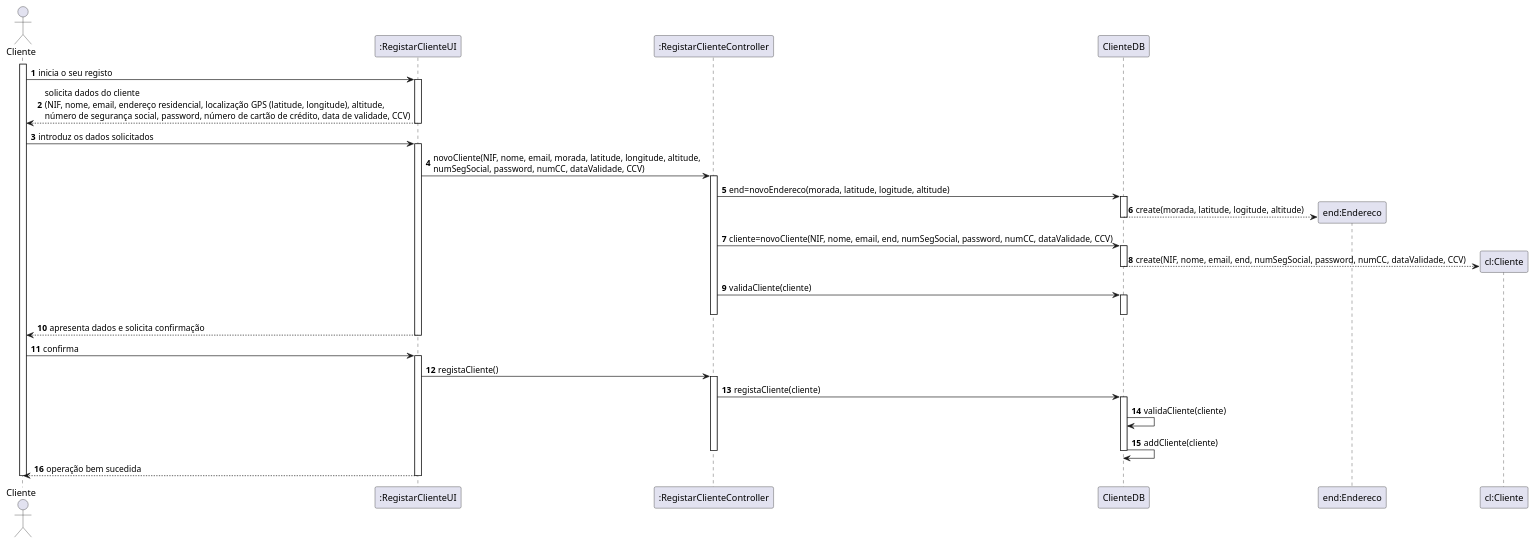
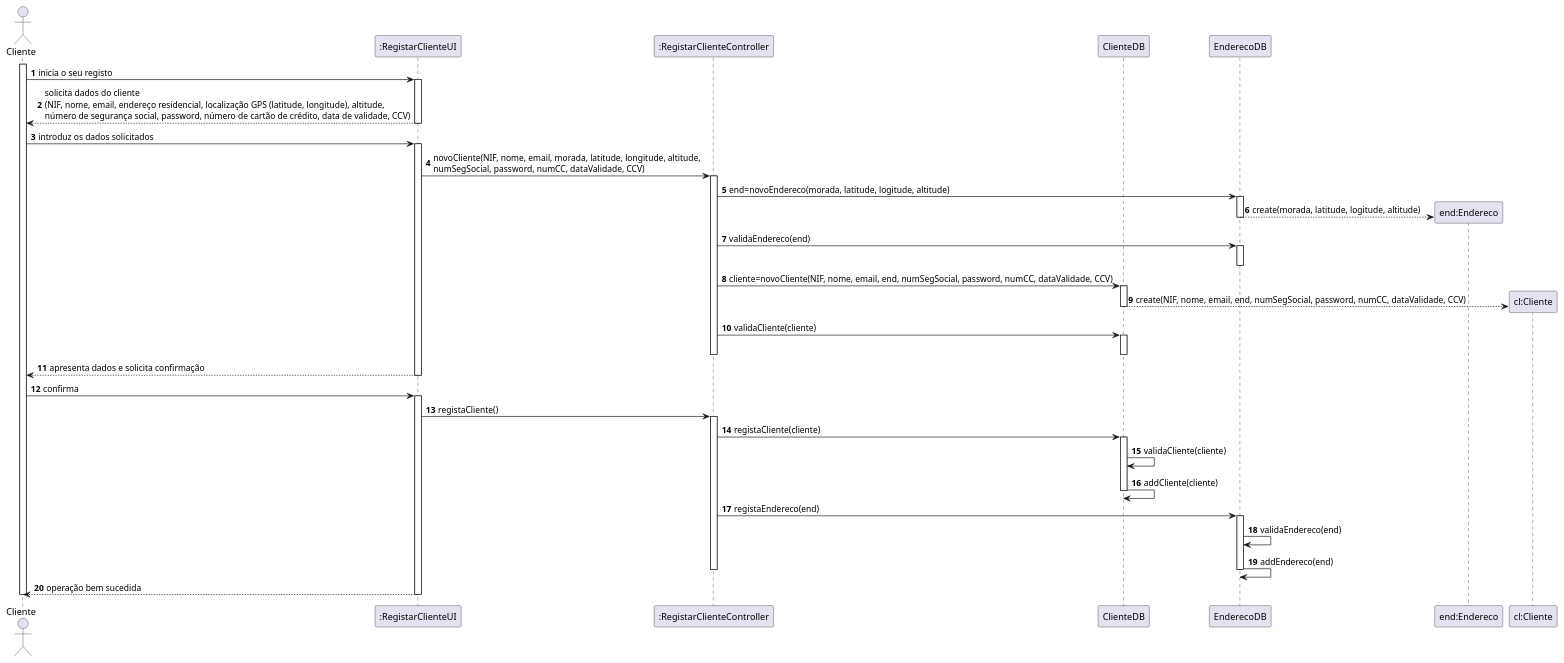
The diagram in docs/UC7/SD-REGISTAR CLIENTE.puml (pedrolemos4/LAPR3), drawn with PlantUML before and after one commit. The commit also changed 3 other files, not shown here.

```diff
--- a/docs/UC7/SD-REGISTAR CLIENTE.puml
+++ b/docs/UC7/SD-REGISTAR CLIENTE.puml
@@ -1,58 +1,71 @@
 @startuml
 autonumber
 actor "Cliente" as ADM
 
 participant ":RegistarClienteUI" as UI
 participant ":RegistarClienteController" as CTRL
 participant "ClienteDB" as DB
+participant "EnderecoDB" as EDB
 participant "end:Endereco" as END
 participant "cl:Cliente" as CLIENTE
 
 activate ADM
 ADM -> UI : inicia o seu registo
 activate UI
 UI --> ADM : solicita dados do cliente \n(NIF, nome, email, endereço residencial, localização GPS (latitude, longitude), altitude, \nnúmero de segurança social, password, número de cartão de crédito, data de validade, CCV)
 deactivate UI
 
 ADM -> UI : introduz os dados solicitados
 activate UI
 UI -> CTRL : novoCliente(NIF, nome, email, morada, latitude, longitude, altitude, \nnumSegSocial, password, numCC, dataValidade, CCV)
 activate CTRL
 
-CTRL -> DB: end=novoEndereco(morada, latitude, logitude, altitude)
-activate DB
-DB --> END ** : create(morada, latitude, logitude, altitude)
-deactivate DB
+CTRL -> EDB: end=novoEndereco(morada, latitude, logitude, altitude)
+activate EDB
+EDB --> END ** : create(morada, latitude, logitude, altitude)
+deactivate EDB
+
+CTRL -> EDB: validaEndereco(end)
+activate EDB
+deactivate EDB
 
 CTRL -> DB: cliente=novoCliente(NIF, nome, email, end, numSegSocial, password, numCC, dataValidade, CCV)
 activate DB
 DB --> CLIENTE ** : create(NIF, nome, email, end, numSegSocial, password, numCC, dataValidade, CCV)
 deactivate DB
 
 CTRL -> DB: validaCliente(cliente)
 activate DB
 deactivate DB
 
 deactivate CTRL
 UI --> ADM : apresenta dados e solicita confirmação
 deactivate UI
 
 ADM -> UI : confirma
 activate UI
 
 UI -> CTRL: registaCliente()
 activate CTRL
 CTRL ->DB: registaCliente(cliente)
 activate DB
 DB -> DB: validaCliente(cliente)
 DB -> DB: addCliente(cliente)
 
 deactivate DB
+
+CTRL ->EDB: registaEndereco(end)
+activate EDB
+EDB -> EDB: validaEndereco(end)
+EDB -> EDB: addEndereco(end)
+
+deactivate EDB
+
 deactivate CTRL
 
 UI --> ADM : operação bem sucedida
 deactivate UI
 
 deactivate ADM
 
 @enduml
```
